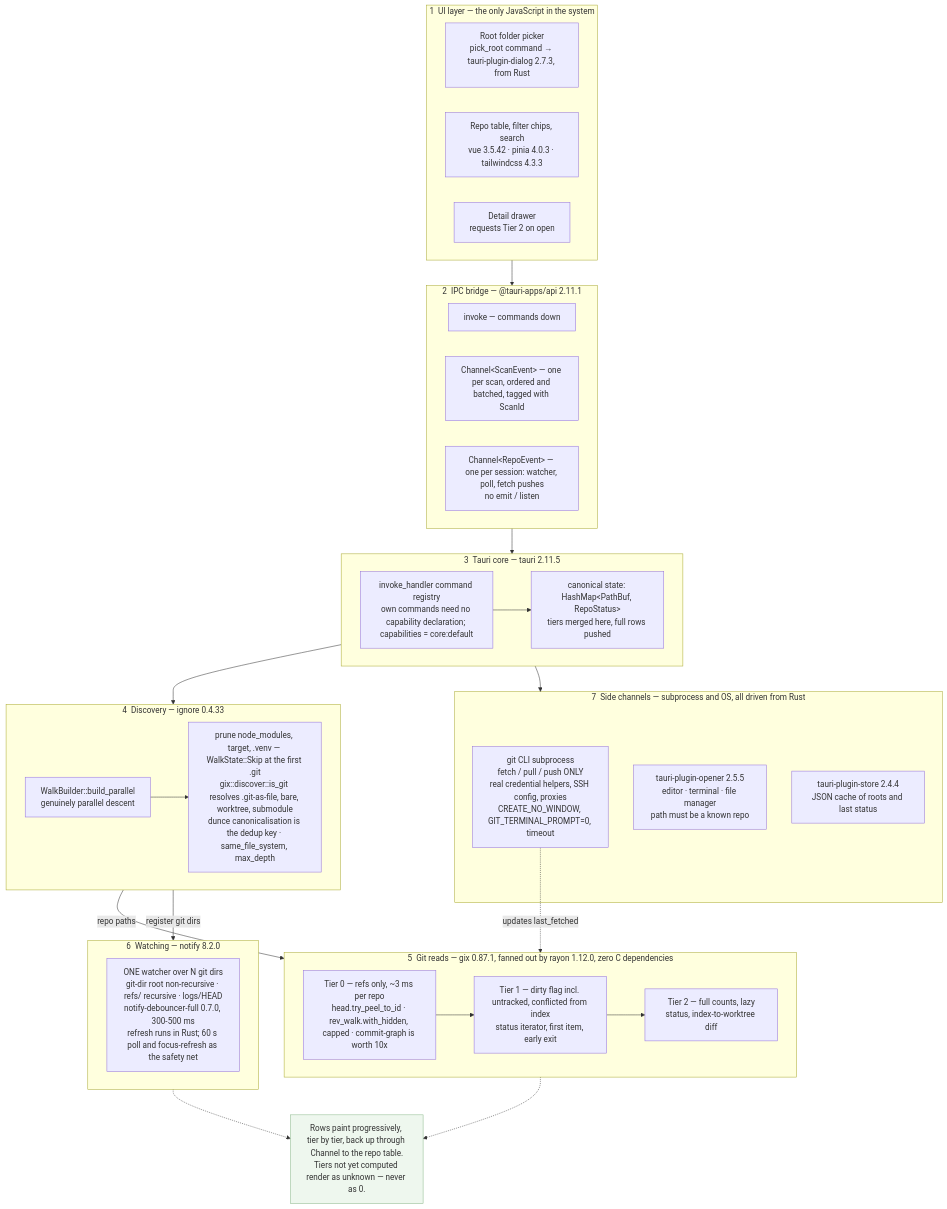
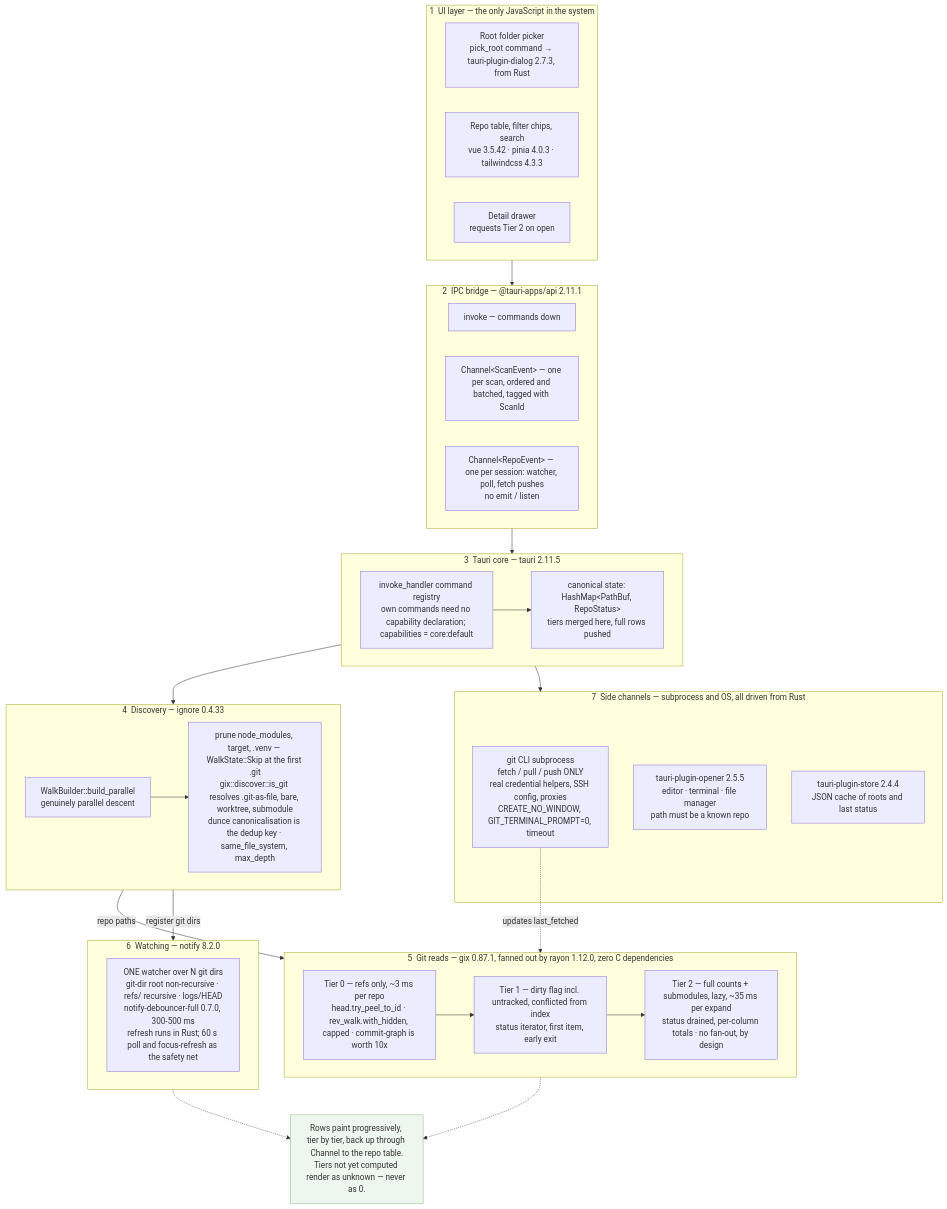
The diagram in README.md (b-meyer/repo-viewer), drawn with Mermaid before and after one commit. The commit also changed other lines of this file and 38 other files, not shown here.

````diff
--- a/README.md
+++ b/README.md
@@ -29,58 +29,58 @@
 ```mermaid
 flowchart TB
     subgraph L1["1 &nbsp;UI layer &mdash; the only JavaScript in the system"]
         L1A["Root folder picker<br/>pick_root command &rarr; tauri-plugin-dialog 2.7.3, from Rust"]
         L1B["Repo table, filter chips, search<br/>vue 3.5.42 &middot; pinia 4.0.3 &middot; tailwindcss 4.3.3"]
         L1C["Detail drawer<br/>requests Tier 2 on open"]
     end
 
     subgraph L2["2 &nbsp;IPC bridge &mdash; @tauri-apps/api 2.11.1"]
         L2A["invoke &mdash; commands down"]
         L2B["Channel&lt;ScanEvent&gt; &mdash; one per scan, ordered and batched, tagged with ScanId"]
         L2C["Channel&lt;RepoEvent&gt; &mdash; one per session: watcher, poll, fetch pushes<br/>no emit / listen"]
     end
 
     subgraph L3["3 &nbsp;Tauri core &mdash; tauri 2.11.5"]
         L3A["invoke_handler command registry<br/>own commands need no capability declaration; capabilities = core:default"]
         L3B["canonical state: HashMap&lt;PathBuf, RepoStatus&gt;<br/>tiers merged here, full rows pushed"]
     end
 
     subgraph L4["4 &nbsp;Discovery &mdash; ignore 0.4.33"]
         L4A["WalkBuilder::build_parallel<br/>genuinely parallel descent"]
         L4B["prune node_modules, target, .venv &mdash; WalkState::Skip at the first .git<br/>gix::discover::is_git resolves .git-as-file, bare, worktree, submodule<br/>dunce canonicalisation is the dedup key &middot; same_file_system, max_depth"]
     end
 
     subgraph L5["5 &nbsp;Git reads &mdash; gix 0.87.1, fanned out by rayon 1.12.0, zero C dependencies"]
         L5A["Tier 0 &mdash; refs only, ~3 ms per repo<br/>head.try_peel_to_id &middot; rev_walk.with_hidden, capped &middot; commit-graph is worth 10x"]
         L5B["Tier 1 &mdash; dirty flag incl. untracked, conflicted from index<br/>status iterator, first item, early exit"]
-        L5C["Tier 2 &mdash; full counts, lazy<br/>status, index-to-worktree diff"]
+        L5C["Tier 2 &mdash; full counts + submodules, lazy, ~35 ms per expand<br/>status drained, per-column totals &middot; no fan-out, by design"]
     end
 
     subgraph L6["6 &nbsp;Watching &mdash; notify 8.2.0"]
         L6A["ONE watcher over N git dirs<br/>git-dir root non-recursive &middot; refs/ recursive &middot; logs/HEAD<br/>notify-debouncer-full 0.7.0, 300-500 ms<br/>refresh runs in Rust; 60 s poll and focus-refresh as the safety net"]
     end
 
     subgraph L7["7 &nbsp;Side channels &mdash; subprocess and OS, all driven from Rust"]
         L7A["git CLI subprocess<br/>fetch / pull / push ONLY<br/>real credential helpers, SSH config, proxies<br/>CREATE_NO_WINDOW, GIT_TERMINAL_PROMPT=0, timeout"]
         L7B["tauri-plugin-opener 2.5.5<br/>editor &middot; terminal &middot; file manager<br/>path must be a known repo"]
         L7C["tauri-plugin-store 2.4.4<br/>JSON cache of roots and last status"]
     end
 
     OUT["Rows paint progressively, tier by tier, back up through Channel to the repo table.<br/>Tiers not yet computed render as unknown &mdash; never as 0."]
 
     L1 --> L2
     L2 --> L3
     L3A --> L3B
     L3 --> L4
     L3 --> L7
     L4A --> L4B
     L4 -->|"repo paths"| L5
     L4 -->|"register git dirs"| L6
     L5A --> L5B
     L5B --> L5C
     L5 -.-> OUT
     L6 -.-> OUT
     L7A -.->|"updates last_fetched"| L5
 
     style OUT fill:#eef7ee,stroke:#8bb88b
 ```
````
